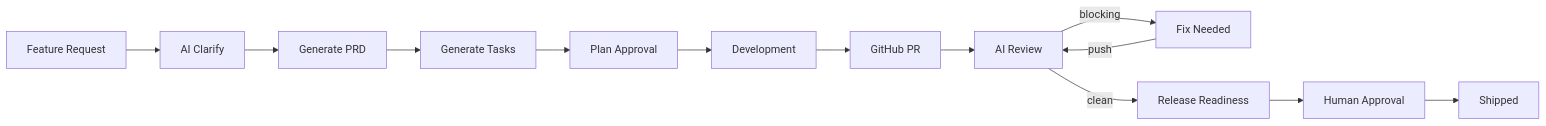
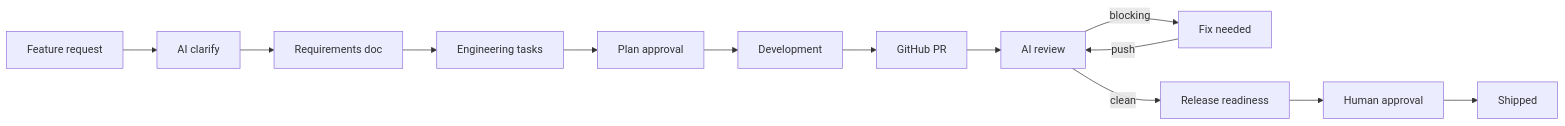
The diagram in README.md (Ayush-Panda-design/AI-powered-Code-review), drawn with Mermaid before and after one commit. The commit also changed other lines of this file and 7 other files, not shown here.

````diff
--- a/README.md
+++ b/README.md
@@ -224,15 +30,15 @@
 ```mermaid
 flowchart LR
-  FR[Feature Request] --> CL[AI Clarify]
-  CL --> PRD[Generate PRD]
-  PRD --> TK[Generate Tasks]
-  TK --> AP[Plan Approval]
+  FR[Feature request] --> CL[AI clarify]
+  CL --> REQ[Requirements doc]
+  REQ --> TK[Engineering tasks]
+  TK --> AP[Plan approval]
   AP --> DEV[Development]
   DEV --> PR[GitHub PR]
-  PR --> RV[AI Review]
-  RV -->|blocking| FN[Fix Needed]
-  RV -->|clean| RR[Release Readiness]
+  PR --> RV[AI review]
+  RV -->|blocking| FN[Fix needed]
+  RV -->|clean| RR[Release readiness]
   FN -->|push| RV
-  RR --> HA[Human Approval]
+  RR --> HA[Human approval]
   HA --> SH[Shipped]
 ```
````
